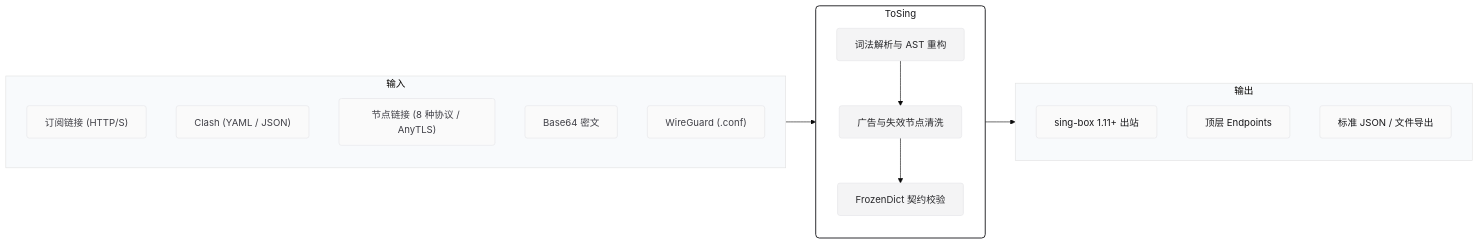
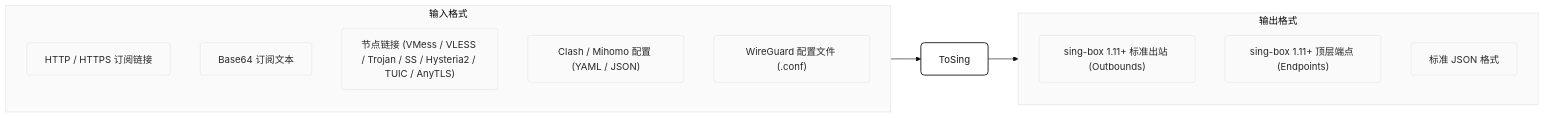
The first of 2 diagrams in README.md (zennnnnnn11/ToSing), drawn with Mermaid before and after one commit. The commit also changed other lines of this file, not shown here.

Commit message:
docs: distill readme to minimal 3-stage pipeline with c# and sing-box badges

````diff
--- a/README.md
+++ b/README.md
@@ -32,40 +28,31 @@
 ```mermaid
-%%{init: {'theme': 'base', 'themeVariables': { 'primaryColor': '#FFFFFF', 'edgeLabelBackground':'#FFFFFF', 'tertiaryColor': '#F8FAFC'}}}%%
+%%{init: {'theme': 'base', 'themeVariables': { 'primaryColor': '#FFFFFF', 'edgeLabelBackground':'#FFFFFF', 'tertiaryColor': '#FAFAFA'}}}%%
 flowchart LR
-    classDef input fill:#FAFAFA,stroke:#E4E4E7,stroke-width:1px,color:#3F3F46,rx:4,ry:4
-    classDef core fill:#FFFFFF,stroke:#18181B,stroke-width:1.5px,color:#18181B,rx:6,ry:6
-    classDef step fill:#F4F4F5,stroke:#E4E4E7,stroke-width:1px,color:#27272A,rx:4,ry:4
-    classDef output fill:#FAFAFA,stroke:#E4E4E7,stroke-width:1px,color:#18181B,rx:4,ry:4
+    classDef input fill:#FAFAFA,stroke:#E4E4E7,stroke-width:1px,color:#27272A,rx:4,ry:4
+    classDef box fill:#FFFFFF,stroke:#18181B,stroke-width:1.5px,color:#18181B,rx:6,ry:6
+    classDef output fill:#FAFAFA,stroke:#E4E4E7,stroke-width:1px,color:#27272A,rx:4,ry:4
 
-    subgraph Inputs [" 输入 "]
+    subgraph Inputs [" 输入格式 "]
         direction TB
-        I1["订阅链接 (HTTP/S)"]
-        I2["Clash (YAML / JSON)"]
-        I3["节点链接 (8 种协议 / AnyTLS)"]
-        I4["Base64 密文"]
-        I5["WireGuard (.conf)"]
+        I1["HTTP / HTTPS 订阅链接"]
+        I2["Base64 订阅文本"]
+        I3["节点链接 (VMess / VLESS / Trojan / SS / Hysteria2 / TUIC / AnyTLS)"]
+        I4["Clash / Mihomo 配置 (YAML / JSON)"]
+        I5["WireGuard 配置文件 (.conf)"]
     end
 
-    subgraph Engine [" ToSing "]
+    Core["ToSing"]
+
+    subgraph Outputs [" 输出格式 "]
         direction TB
-        E1["词法解析与 AST 重构"]
-        E2["广告与失效节点清洗"]
-        E3["FrozenDict 契约校验"]
-        E1 --> E2 --> E3
+        O1["sing-box 1.11+ 标准出站 (Outbounds)"]
+        O2["sing-box 1.11+ 顶层端点 (Endpoints)"]
+        O3["标准 JSON 格式"]
     end
 
-    subgraph Outputs [" 输出 "]
-        direction TB
-        O1["sing-box 1.11+ 出站"]
-        O2["顶层 Endpoints"]
-        O3["标准 JSON / 文件导出"]
-    end
-
-    Inputs --> Engine
-    Engine --> Outputs
+    Inputs --> Core --> Outputs
 
     class I1,I2,I3,I4,I5 input
-    class Engine core
-    class E1,E2,E3 step
+    class Core box
     class O1,O2,O3 output
 ```
````
